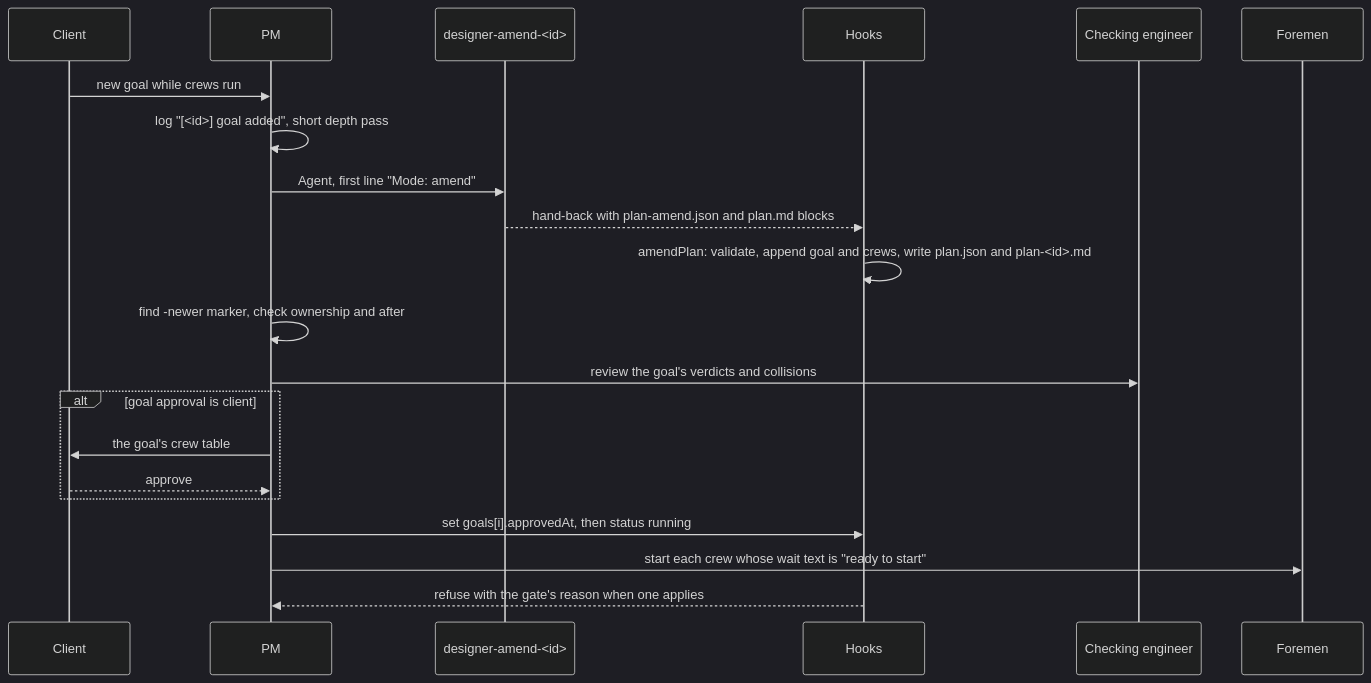
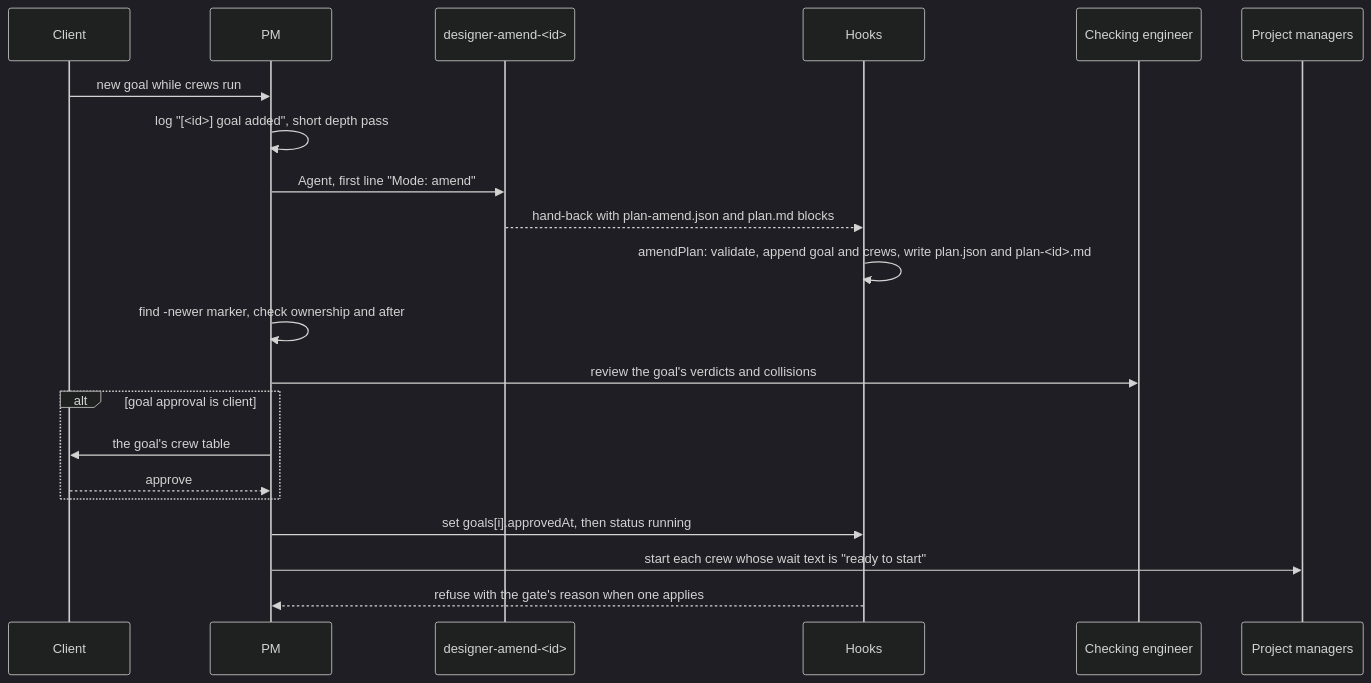
Before and after one commit to AbhiramDwivedi/truss: the second of 2 diagrams in plugins/truss/docs/adr/0010-mid-run-intake.md, drawn with Mermaid (dark theme). The commit also changed other lines of this file and 48 other files, not shown here.

````diff
--- a/plugins/truss/docs/adr/0010-mid-run-intake.md
+++ b/plugins/truss/docs/adr/0010-mid-run-intake.md
@@ -171,23 +171,23 @@
 ```mermaid
 sequenceDiagram
   participant O as Client
   participant F as PM
   participant A as designer-amend-<id>
   participant H as Hooks
   participant C as Checking engineer
-  participant L as Foremen
+  participant L as Project managers
   O->>F: new goal while crews run
   F->>F: log "[<id>] goal added", short depth pass
   F->>A: Agent, first line "Mode: amend"
   A-->>H: hand-back with plan-amend.json and plan.md blocks
   H->>H: amendPlan: validate, append goal and crews, write plan.json and plan-<id>.md
   F->>F: find -newer marker, check ownership and after
   F->>C: review the goal's verdicts and collisions
   alt goal approval is client
     F->>O: the goal's crew table
     O-->>F: approve
   end
   F->>H: set goals[i].approvedAt, then status running
   F->>L: start each crew whose wait text is "ready to start"
   H-->>F: refuse with the gate's reason when one applies
 ```
````
